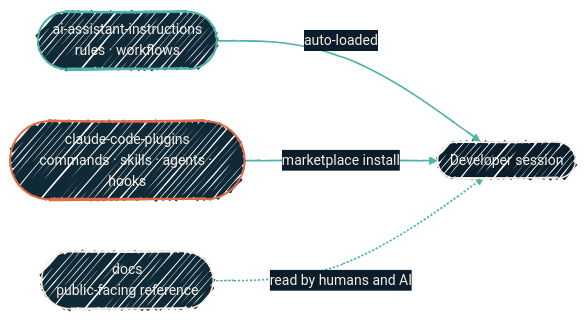
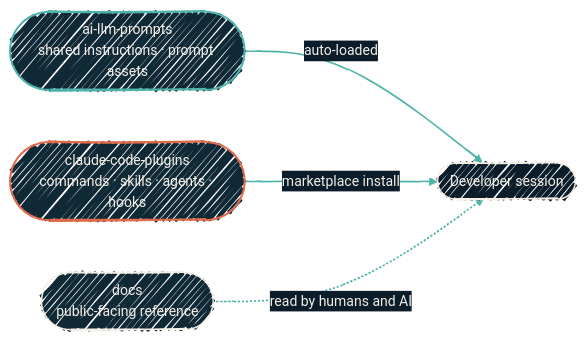
Before and after one commit to dryvist/docs: the diagram in ai-development/repo-boundaries.mdx, drawn with Mermaid. The commit also changed other lines of this file and 12 other files, not shown here.

````diff
--- a/ai-development/repo-boundaries.mdx
+++ b/ai-development/repo-boundaries.mdx
@@ -34,25 +37,25 @@
 ```mermaid
 %%{init:
   {'theme':'base','look':'handDrawn','themeVariables':{'fontFamily':'Geist','fontSize':'14px','primaryColor':'#102937','primaryTextColor':'#F4EFE6','primaryBorderColor':'#4FB3A9','lineColor':'#4FB3A9','secondaryColor':'#0B1D2A','tertiaryColor':'#1A2A38','clusterBkg':'rgba(79,179,169,0.08)','clusterBorder':'#4FB3A9'}}}%%
   flowchart LR
-  Rules([ai-assistant-instructions<br/>rules · workflows])
+  Rules([ai-llm-prompts<br/>shared instructions · prompt assets])
   Plugins([claude-code-plugins<br/>commands · skills · agents · hooks])
   Docs([docs<br/>public-facing reference])
   Session([Developer session])
 
   Rules -->|auto-loaded| Session
   Plugins -->|marketplace install| Session
   Docs -.->|read by humans and AI| Session
 
   classDef rules   fill:#102937,stroke:#4FB3A9,stroke-width:2px,color:#F4EFE6;
   classDef plugins fill:#102937,stroke:#E06B4A,stroke-width:2px,color:#F4EFE6;
   classDef docs    fill:#102937,stroke:#F4EFE6,stroke-width:1.5px,color:#F4EFE6;
   classDef session fill:#0B1D2A,stroke:#F4EFE6,stroke-width:1.5px,color:#F4EFE6;
 
   class Rules rules
   class Plugins plugins
   class Docs docs
   class Session session
 
   linkStyle default stroke:#4FB3A9,stroke-width:1.5px;
 ```
````
